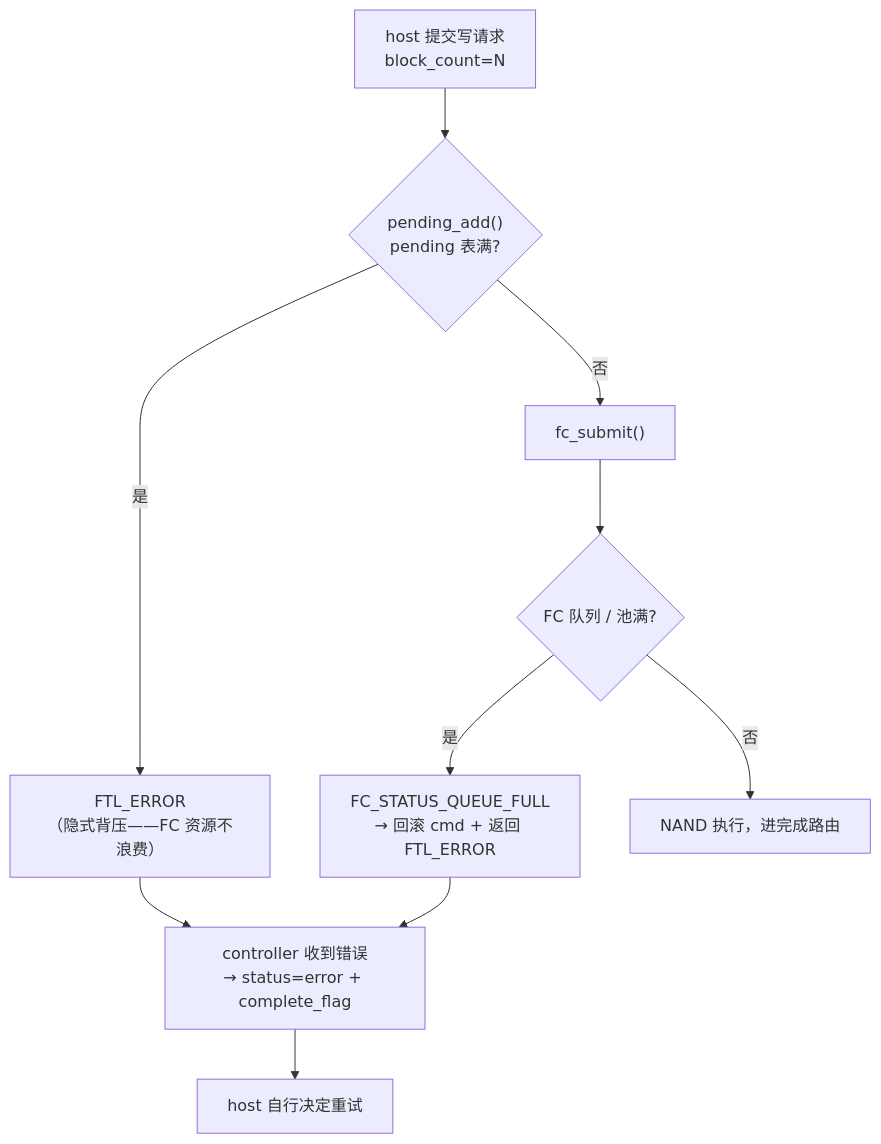
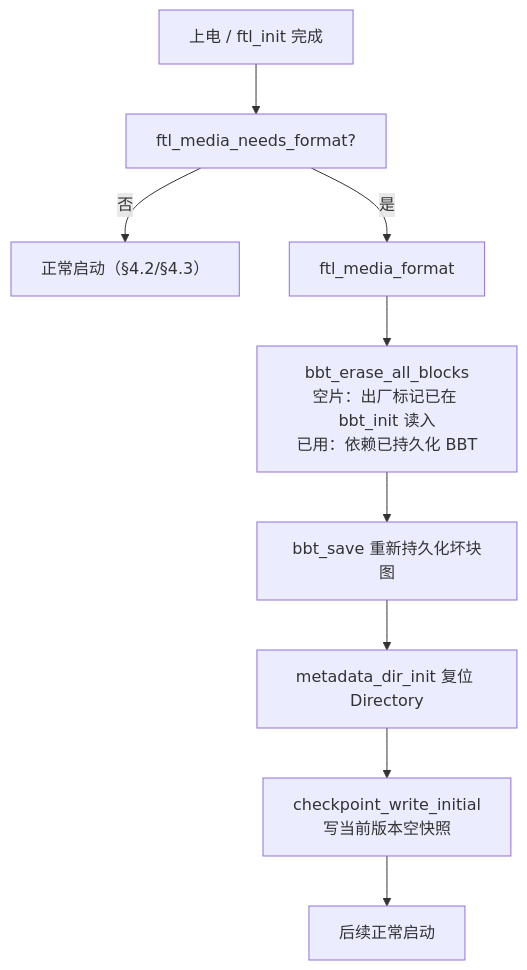
Before and after one commit to YzYMIAO/BASESSD: diagram 19 of 28 in docs/design/ftl_design.md, drawn with Mermaid. The commit also changed other lines of this file and 4 other files, not shown here.

````diff
--- a/docs/design/ftl_design.md
+++ b/docs/design/ftl_design.md
@@ -4555,12 +2712,11 @@
 ```mermaid
 flowchart TD
-    A["host 提交写请求<br/>block_count=N"] --> B{"pending_add()<br/>pending 表满?"}
-    B -- "是" --> C["FTL_ERROR<br/>（隐式背压——FC 资源不浪费）"]
-    B -- "否" --> D["fc_submit()"]
-    D --> E{"FC 队列 / 池满?"}
-    E -- "是" --> F["FC_STATUS_QUEUE_FULL<br/>→ 回滚 cmd + 返回 FTL_ERROR"]
-    E -- "否" --> G["NAND 执行，进完成路由"]
-    C --> H["controller 收到错误<br/>→ status=error + complete_flag"]
-    F --> H
-    H --> I["host 自行决定重试"]
+    A["上电 / ftl_init 完成"] --> B["ftl_media_needs_format?"]
+    B -- "否" --> C["正常启动（§4.2/§4.3）"]
+    B -- "是" --> D["ftl_media_format"]
+    D --> D1["bbt_erase_all_blocks<br/>空片：出厂标记已在 bbt_init 读入<br/>已用：依赖已持久化 BBT"]
+    D1 --> D2["bbt_save 重新持久化坏块图"]
+    D2 --> D3["metadata_dir_init 复位 Directory"]
+    D3 --> D4["checkpoint_write_initial<br/>写当前版本空快照"]
+    D4 --> E["后续正常启动"]
 ```
````
